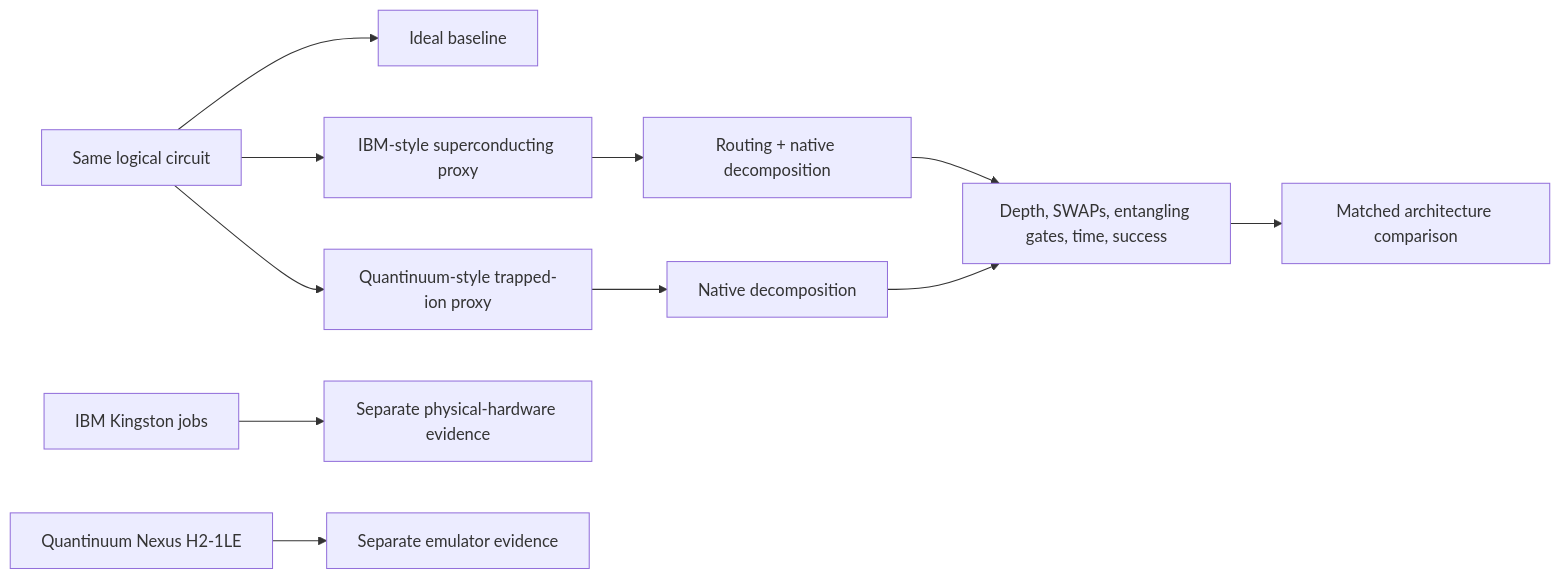
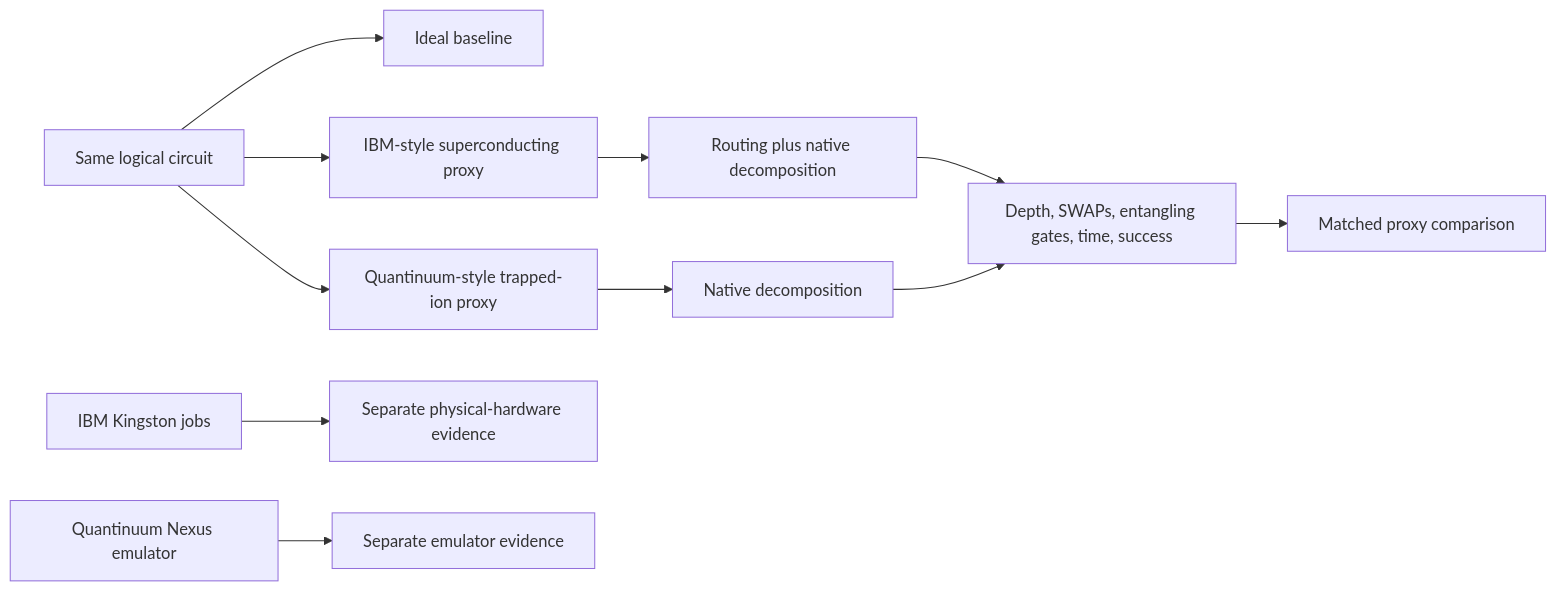
Before and after one commit to Braytech-Findings/SCSU-WERTH-Quantum-Computing-Project: the diagram in README.md, drawn with Mermaid. The commit also changed other lines of this file, not shown here.

````diff
--- a/README.md
+++ b/README.md
@@ -65,14 +76,14 @@
 ```mermaid
 flowchart LR
     A[Same logical circuit] --> B[Ideal baseline]
     A --> C[IBM-style superconducting proxy]
     A --> D[Quantinuum-style trapped-ion proxy]
-    C --> E[Routing + native decomposition]
+    C --> E[Routing plus native decomposition]
     D --> F[Native decomposition]
     E --> G[Depth, SWAPs, entangling gates, time, success]
     F --> G
-    G --> H[Matched architecture comparison]
+    G --> H[Matched proxy comparison]
 
     I[IBM Kingston jobs] --> J[Separate physical-hardware evidence]
-    K[Quantinuum Nexus H2-1LE] --> L[Separate emulator evidence]
+    K[Quantinuum Nexus emulator] --> L[Separate emulator evidence]
 ```
````
